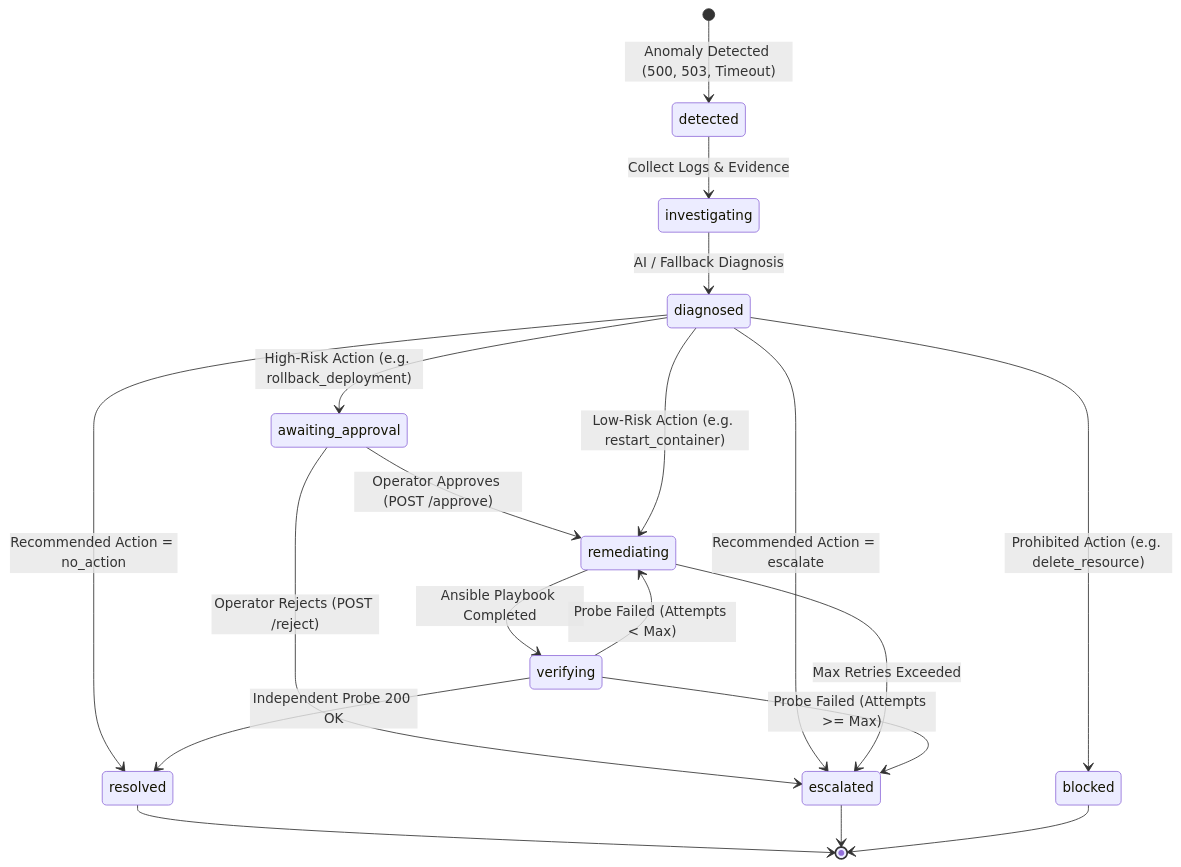
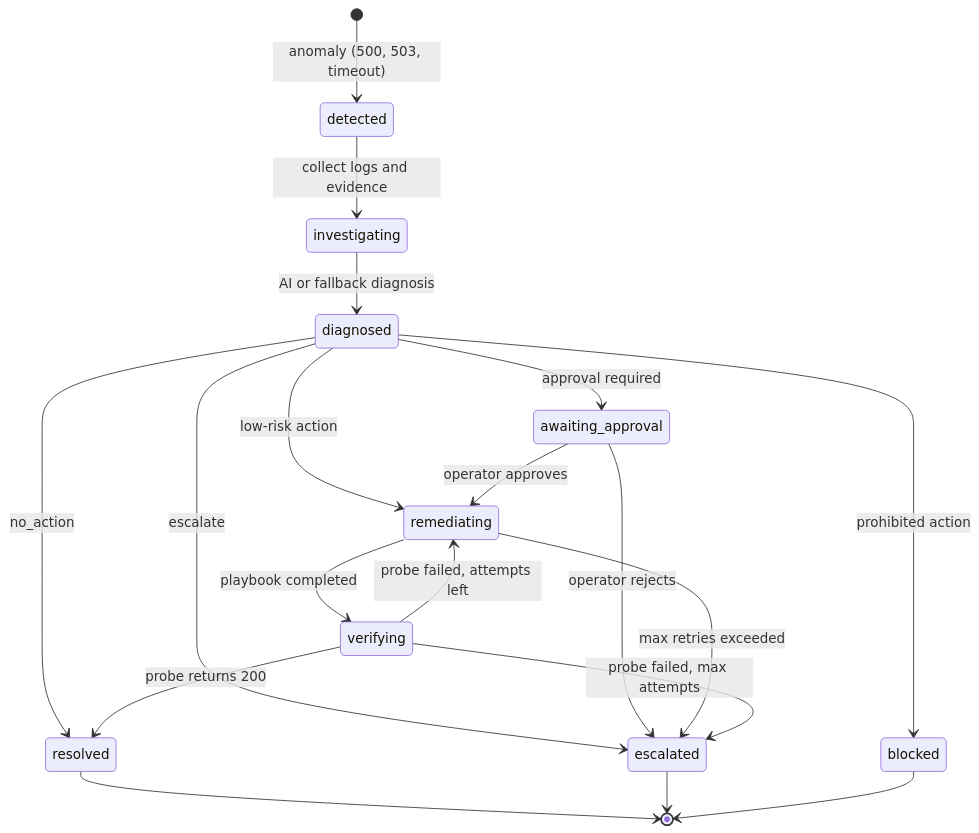
Before and after one commit to anggapbwr/OpsPilot: the second of 2 diagrams in README.md, drawn with Mermaid. The commit also changed other lines of this file, not shown here.

````diff
--- a/README.md
+++ b/README.md
@@ -107,26 +136,26 @@
 ```mermaid
 stateDiagram-v2
-    [*] --> detected: Anomaly Detected (500, 503, Timeout)
-    detected --> investigating: Collect Logs & Evidence
-    investigating --> diagnosed: AI / Fallback Diagnosis
-    
-    diagnosed --> awaiting_approval: High-Risk Action (e.g. rollback_deployment)
-    awaiting_approval --> remediating: Operator Approves (POST /approve)
-    awaiting_approval --> escalated: Operator Rejects (POST /reject)
-    
-    diagnosed --> remediating: Low-Risk Action (e.g. restart_container)
-    diagnosed --> blocked: Prohibited Action (e.g. delete_resource)
-    diagnosed --> resolved: Recommended Action = no_action
-    diagnosed --> escalated: Recommended Action = escalate
-    
-    remediating --> verifying: Ansible Playbook Completed
-    remediating --> escalated: Max Retries Exceeded
-    
-    verifying --> resolved: Independent Probe 200 OK
-    verifying --> remediating: Probe Failed (Attempts < Max)
-    verifying --> escalated: Probe Failed (Attempts >= Max)
-    
+    [*] --> detected: anomaly (500, 503, timeout)
+    detected --> investigating: collect logs and evidence
+    investigating --> diagnosed: AI or fallback diagnosis
+
+    diagnosed --> remediating: low-risk action
+    diagnosed --> awaiting_approval: approval required
+    diagnosed --> blocked: prohibited action
+    diagnosed --> resolved: no_action
+    diagnosed --> escalated: escalate
+
+    awaiting_approval --> remediating: operator approves
+    awaiting_approval --> escalated: operator rejects
+
+    remediating --> verifying: playbook completed
+    remediating --> escalated: max retries exceeded
+
+    verifying --> resolved: probe returns 200
+    verifying --> remediating: probe failed, attempts left
+    verifying --> escalated: probe failed, max attempts
+
     resolved --> [*]
     escalated --> [*]
     blocked --> [*]
 ```
````
